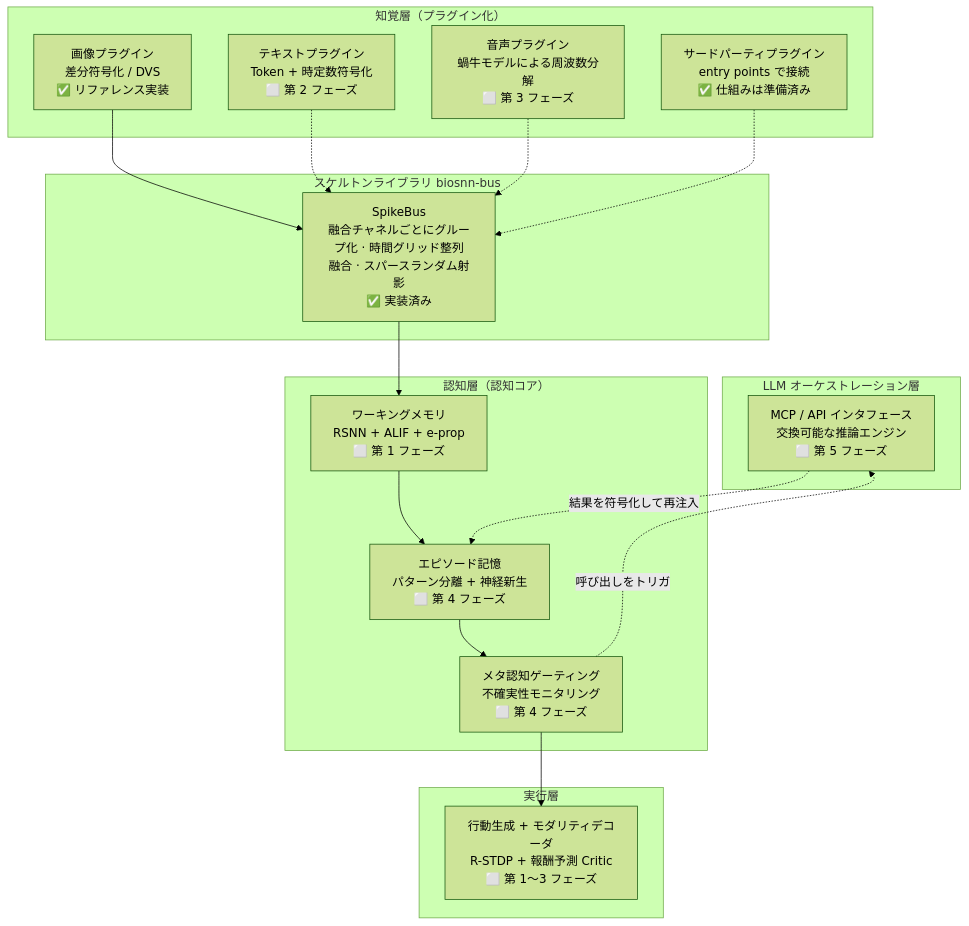
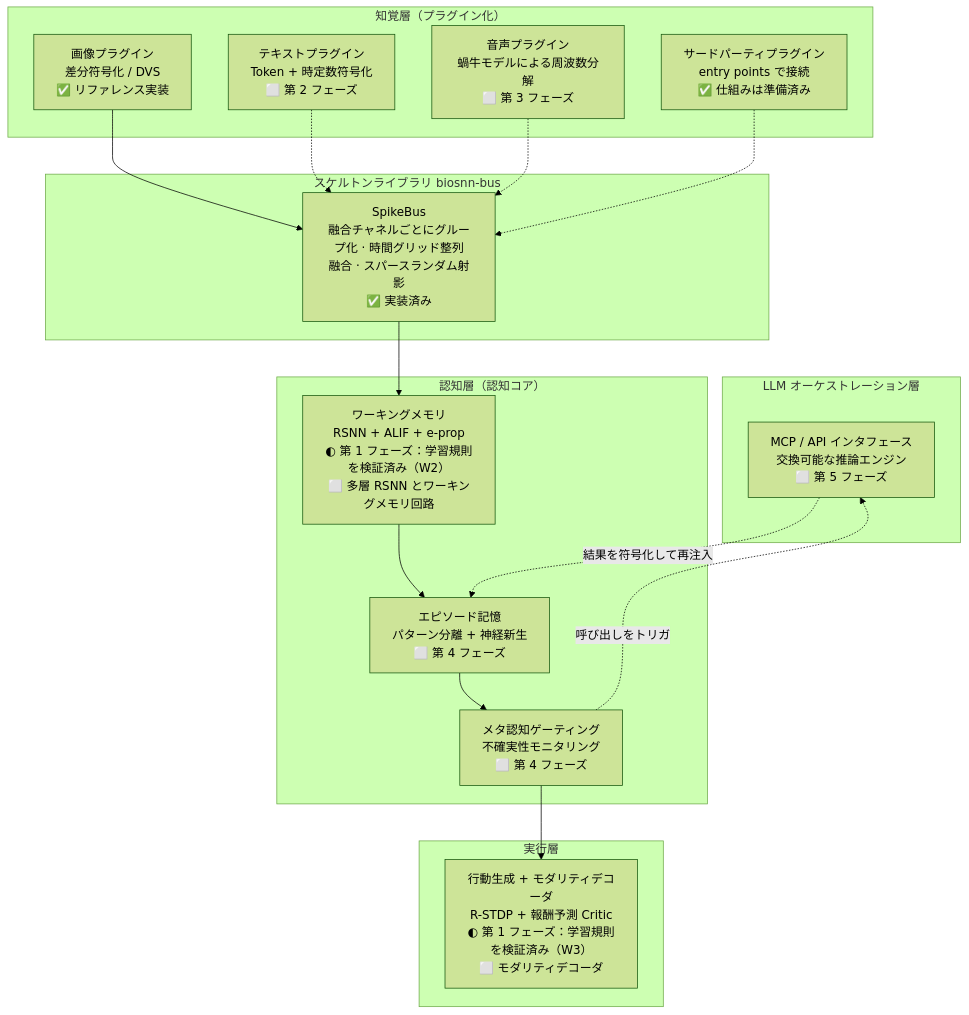
Before and after one commit to lzmd-arch/BioSNN-Plug: the diagram in README.ja.md, drawn with Mermaid (forest theme). The commit also changed other lines of this file and 21 other files, not shown here.

````diff
--- a/README.ja.md
+++ b/README.ja.md
@@ -54,39 +54,39 @@
 ```mermaid
 flowchart TB
     subgraph L5["LLM オーケストレーション層"]
         MCP["MCP / API インタフェース<br/>交換可能な推論エンジン<br/>⬜ 第 5 フェーズ"]
     end
 
     subgraph L4["実行層"]
-        ACT["行動生成 + モダリティデコーダ<br/>R-STDP + 報酬予測 Critic<br/>⬜ 第 1〜3 フェーズ"]
+        ACT["行動生成 + モダリティデコーダ<br/>R-STDP + 報酬予測 Critic<br/>◐ 第 1 フェーズ：学習規則を検証済み（W3）<br/>⬜ モダリティデコーダ"]
     end
 
     subgraph L3["認知層（認知コア）"]
-        WM["ワーキングメモリ<br/>RSNN + ALIF + e-prop<br/>⬜ 第 1 フェーズ"]
+        WM["ワーキングメモリ<br/>RSNN + ALIF + e-prop<br/>◐ 第 1 フェーズ：学習規則を検証済み（W2）<br/>⬜ 多層 RSNN とワーキングメモリ回路"]
         EM["エピソード記憶<br/>パターン分離 + 神経新生<br/>⬜ 第 4 フェーズ"]
         MG["メタ認知ゲーティング<br/>不確実性モニタリング<br/>⬜ 第 4 フェーズ"]
     end
 
     subgraph L2["スケルトンライブラリ biosnn-bus"]
         BUS["SpikeBus<br/>融合チャネルごとにグループ化 · 時間グリッド整列<br/>融合 · スパースランダム射影<br/>✅ 実装済み"]
     end
 
     subgraph L1["知覚層（プラグイン化）"]
         IMG["画像プラグイン<br/>差分符号化 / DVS<br/>✅ リファレンス実装"]
         TXT["テキストプラグイン<br/>Token + 時定数符号化<br/>⬜ 第 2 フェーズ"]
         AUD["音声プラグイン<br/>蝸牛モデルによる周波数分解<br/>⬜ 第 3 フェーズ"]
         THIRD["サードパーティプラグイン<br/>entry points で接続<br/>✅ 仕組みは準備済み"]
     end
 
     IMG --> BUS
     TXT -.-> BUS
     AUD -.-> BUS
     THIRD -.-> BUS
 
     BUS --> WM
     WM --> EM
     EM --> MG
     MG --> ACT
     MG -.->|呼び出しをトリガ| MCP
     MCP -.->|結果を符号化して再注入| EM
 ```
````
